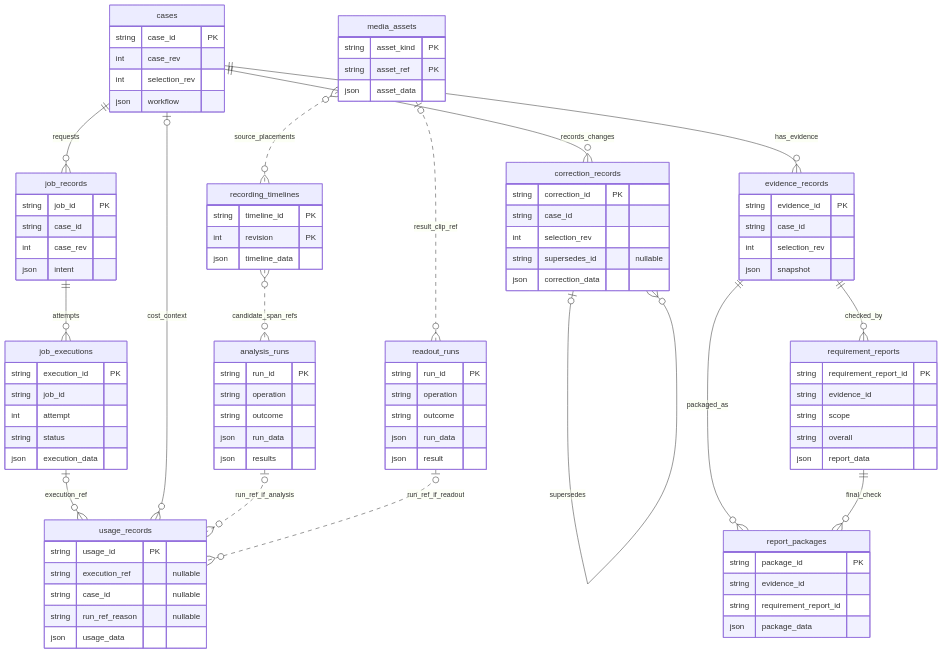
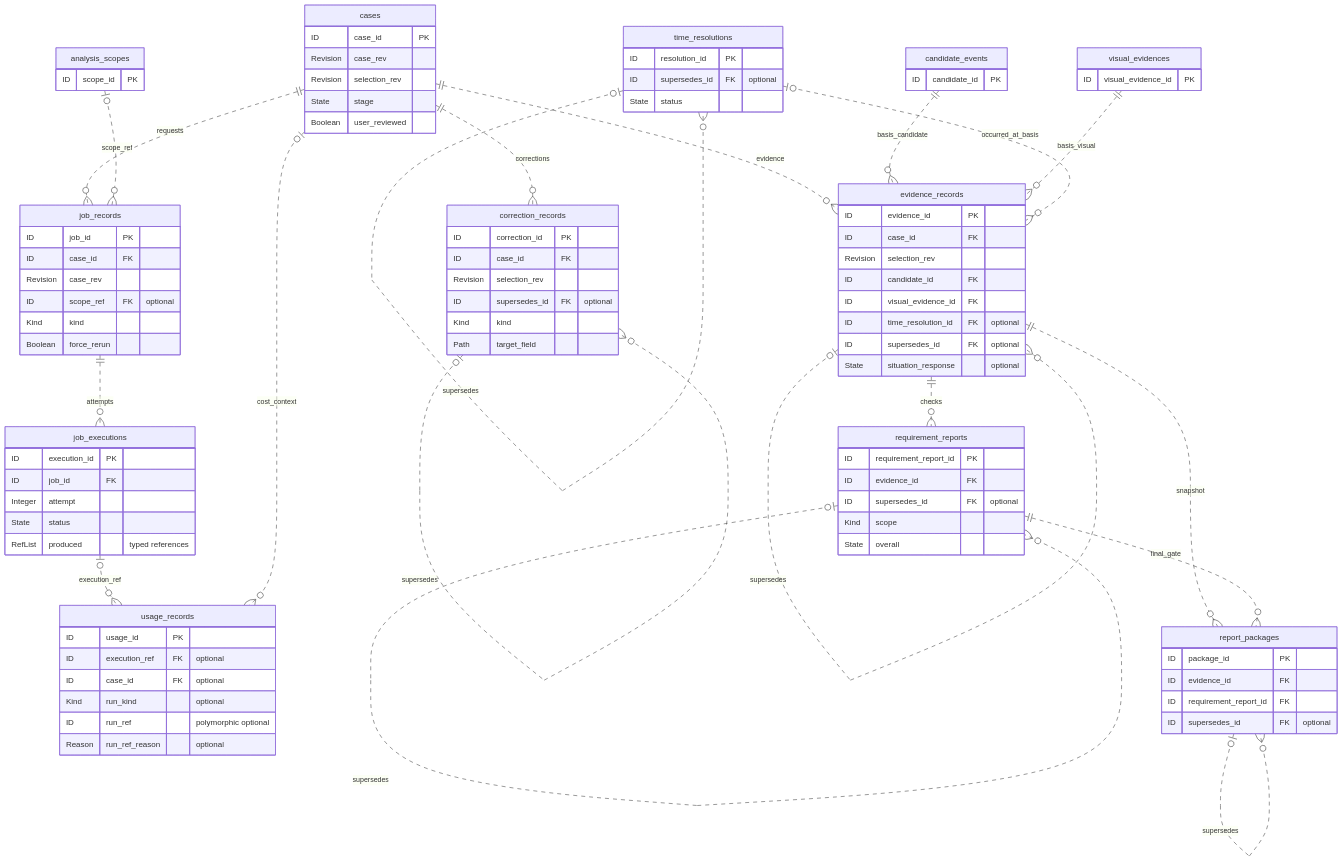
One commit to kakaotechcampus-4/ktc4-chonnam-2 changed the first of 3 diagrams in docs/architecture/erd-draft.md. Above: the diagram before and after it, drawn with Mermaid. The commit also changed other lines of this file, not shown here.

Commit message:
논리 ERD

````diff
--- a/docs/architecture/erd-draft.md
+++ b/docs/architecture/erd-draft.md
@@ -4,95 +26,97 @@
 ```mermaid
 erDiagram
-    cases ||--o{ job_records : requests
-    job_records ||--o{ job_executions : attempts
-    cases ||--o{ correction_records : records_changes
-    correction_records o|--o{ correction_records : supersedes
-    cases ||--o{ evidence_records : has_evidence
-    evidence_records ||--o{ requirement_reports : checked_by
-    evidence_records ||--o{ report_packages : packaged_as
-    requirement_reports ||--o{ report_packages : final_check
-    job_executions o|--o{ usage_records : execution_ref
-    cases o|--o{ usage_records : cost_context
-    analysis_runs o|..o{ usage_records : run_ref_if_analysis
-    readout_runs o|..o{ usage_records : run_ref_if_readout
-    media_assets o|..o{ readout_runs : result_clip_ref
-    media_assets }o..o{ recording_timelines : source_placements
-    recording_timelines }o..o{ analysis_runs : candidate_span_refs
+    cases ||..o{ job_records : requests
+    job_records ||..o{ job_executions : attempts
+    analysis_scopes o|..o{ job_records : scope_ref
+    job_executions o|..o{ usage_records : execution_ref
+    cases o|..o{ usage_records : cost_context
+    cases ||..o{ correction_records : corrections
+    correction_records o|..o{ correction_records : supersedes
+    cases ||..o{ evidence_records : evidence
+    candidate_events ||..o{ evidence_records : basis_candidate
+    visual_evidences ||..o{ evidence_records : basis_visual
+    time_resolutions o|..o{ evidence_records : occurred_at_basis
+    time_resolutions o|..o{ time_resolutions : supersedes
+    evidence_records o|..o{ evidence_records : supersedes
+    evidence_records ||..o{ requirement_reports : checks
+    requirement_reports o|..o{ requirement_reports : supersedes
+    evidence_records ||..o{ report_packages : snapshot
+    requirement_reports ||..o{ report_packages : final_gate
+    report_packages o|..o{ report_packages : supersedes
 
     cases {
-        string case_id PK
-        int case_rev
-        int selection_rev
-        json workflow
-    }
-    media_assets {
-        string asset_kind PK
-        string asset_ref PK
-        json asset_data
-    }
-    recording_timelines {
-        string timeline_id PK
-        int revision PK
-        json timeline_data
+        ID case_id PK
+        Revision case_rev
+        Revision selection_rev
+        State stage
+        Boolean user_reviewed
     }
     job_records {
-        string job_id PK
-        string case_id
-        int case_rev
-        json intent
+        ID job_id PK
+        ID case_id FK
+        Revision case_rev
+        ID scope_ref FK "optional"
+        Kind kind
+        Boolean force_rerun
     }
     job_executions {
-        string execution_id PK
-        string job_id
-        int attempt
-        string status
-        json execution_data
+        ID execution_id PK
+        ID job_id FK
+        Integer attempt
+        State status
+        RefList produced "typed references"
     }
-    analysis_runs {
-        string run_id PK
-        string operation
-        string outcome
-        json run_data
-        json results
-    }
-    readout_runs {
-        string run_id PK
-        string operation
-        string outcome
-        json run_data
-        json result
+    usage_records {
+        ID usage_id PK
+        ID execution_ref FK "optional"
+        ID case_id FK "optional"
+        Kind run_kind "optional"
+        ID run_ref "polymorphic optional"
+        Reason run_ref_reason "optional"
     }
     correction_records {
-        string correction_id PK
-        string case_id
-        int selection_rev
-        string supersedes_id "nullable"
-        json correction_data
+        ID correction_id PK
+        ID case_id FK
+        Revision selection_rev
+        ID supersedes_id FK "optional"
+        Kind kind
+        Path target_field
     }
     evidence_records {
-        string evidence_id PK
-        string case_id
-        int selection_rev
-        json snapshot
+        ID evidence_id PK
+        ID case_id FK
+        Revision selection_rev
+        ID candidate_id FK
+        ID visual_evidence_id FK
+        ID time_resolution_id FK "optional"
+        ID supersedes_id FK "optional"
+        State situation_response "optional"
+    }
+    time_resolutions {
+        ID resolution_id PK
+        ID supersedes_id FK "optional"
+        State status
     }
     requirement_reports {
-        string requirement_report_id PK
-        string evidence_id
-        string scope
-        string overall
-        json report_data
+        ID requirement_report_id PK
+        ID evidence_id FK
+        ID supersedes_id FK "optional"
+        Kind scope
+        State overall
     }
     report_packages {
-        string package_id PK
-        string evidence_id
-        string requirement_report_id
-        json package_data
+        ID package_id PK
+        ID evidence_id FK
+        ID requirement_report_id FK
+        ID supersedes_id FK "optional"
     }
-    usage_records {
-        string usage_id PK
-        string execution_ref "nullable"
-        string case_id "nullable"
-        string run_ref_reason "nullable"
-        json usage_data
+    analysis_scopes {
+        ID scope_id PK
+    }
+    candidate_events {
+        ID candidate_id PK
+    }
+    visual_evidences {
+        ID visual_evidence_id PK
     }
 ```
````
